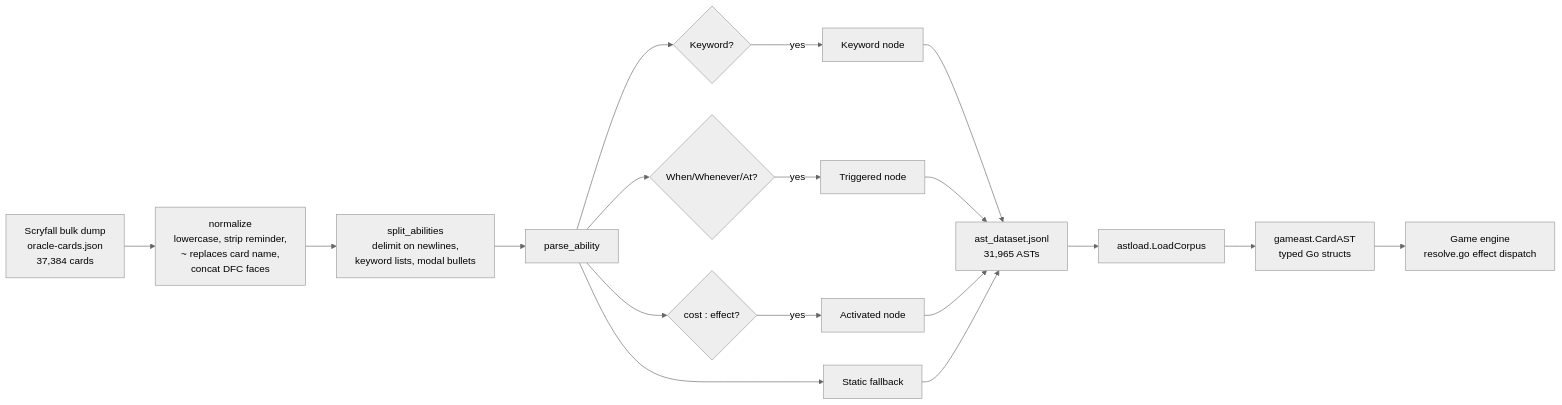
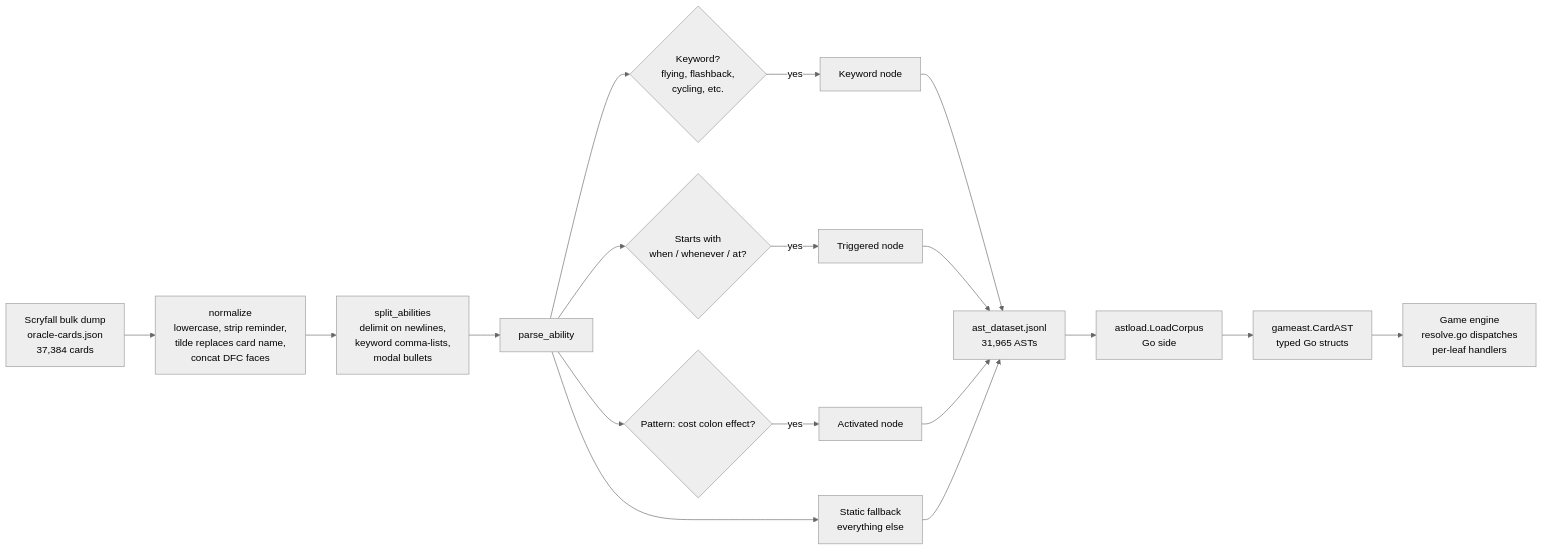
One commit to HexDek/HexDek changed the first of 3 diagrams in docs/Card AST and Parser.md. Above: the diagram before and after it, drawn with Mermaid (neutral theme). The commit also changed other lines of this file and 18 other files, not shown here.

````diff
--- a/docs/Card AST and Parser.md
+++ b/docs/Card AST and Parser.md
@@ -11,20 +45,20 @@
 ```mermaid
 flowchart LR
-    Scry[Scryfall bulk dump<br/>oracle-cards.json<br/>37,384 cards] --> Norm[normalize<br/>lowercase, strip reminder,<br/>~ replaces card name,<br/>concat DFC faces]
-    Norm --> Split[split_abilities<br/>delimit on newlines,<br/>keyword lists, modal bullets]
+    Scry[Scryfall bulk dump<br/>oracle-cards.json<br/>37,384 cards] --> Norm[normalize<br/>lowercase, strip reminder,<br/>tilde replaces card name,<br/>concat DFC faces]
+    Norm --> Split[split_abilities<br/>delimit on newlines,<br/>keyword comma-lists,<br/>modal bullets]
     Split --> Parse[parse_ability]
-    Parse --> KW{Keyword?}
+    Parse --> KW{Keyword?<br/>flying, flashback,<br/>cycling, etc.}
     KW -- yes --> KWNode[Keyword node]
-    Parse --> Trig{When/Whenever/At?}
+    Parse --> Trig{Starts with<br/>when / whenever / at?}
     Trig -- yes --> TrigNode[Triggered node]
-    Parse --> Act{cost : effect?}
+    Parse --> Act{Pattern: cost colon effect?}
     Act -- yes --> ActNode[Activated node]
-    Parse --> Stat[Static fallback]
+    Parse --> Stat[Static fallback<br/>everything else]
     KWNode --> JSONL[ast_dataset.jsonl<br/>31,965 ASTs]
     TrigNode --> JSONL
     ActNode --> JSONL
     Stat --> JSONL
-    JSONL --> Loader[astload.LoadCorpus]
+    JSONL --> Loader[astload.LoadCorpus<br/>Go side]
     Loader --> CardAST[gameast.CardAST<br/>typed Go structs]
-    CardAST --> Engine[Game engine<br/>resolve.go effect dispatch]
+    CardAST --> Engine[Game engine<br/>resolve.go dispatches<br/>per-leaf handlers]
 ```
````
